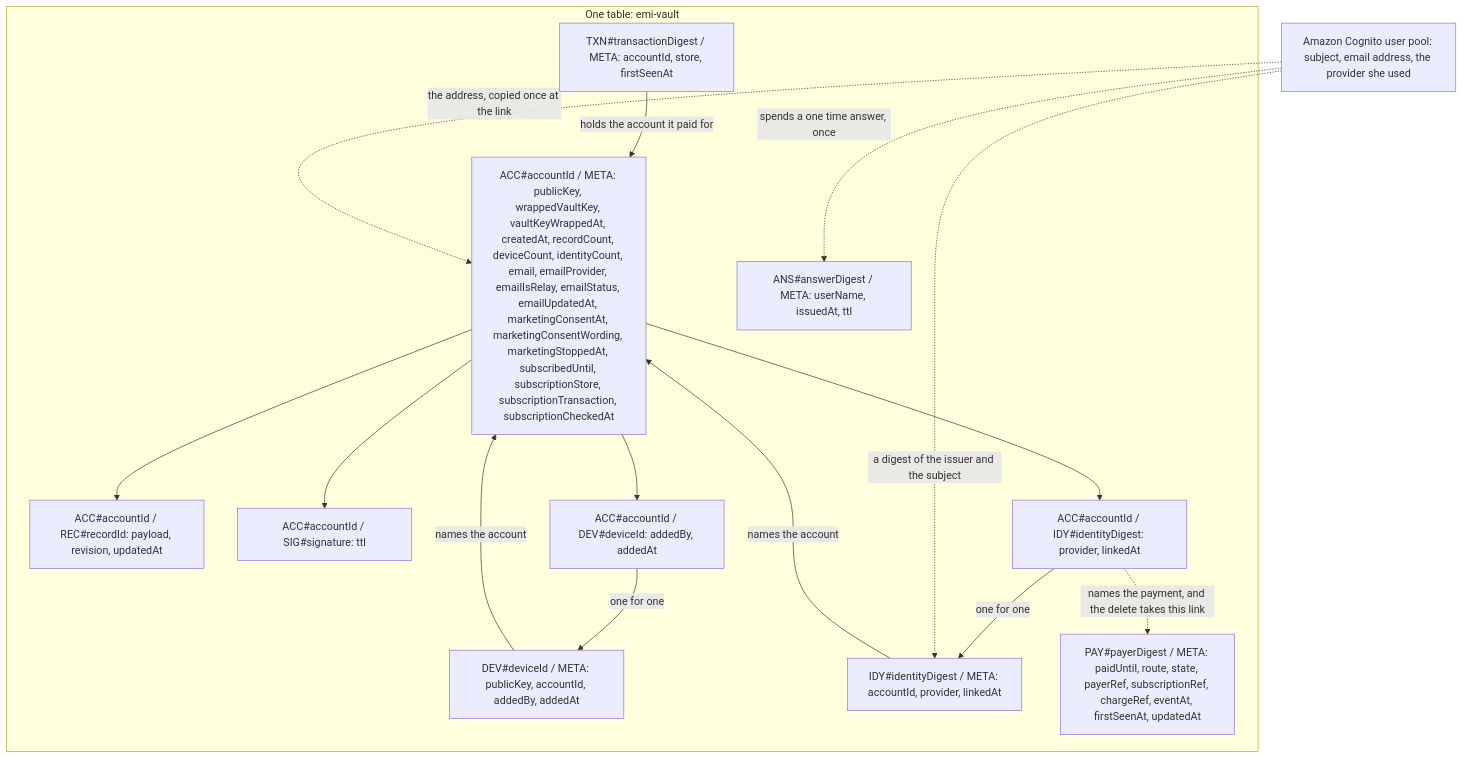
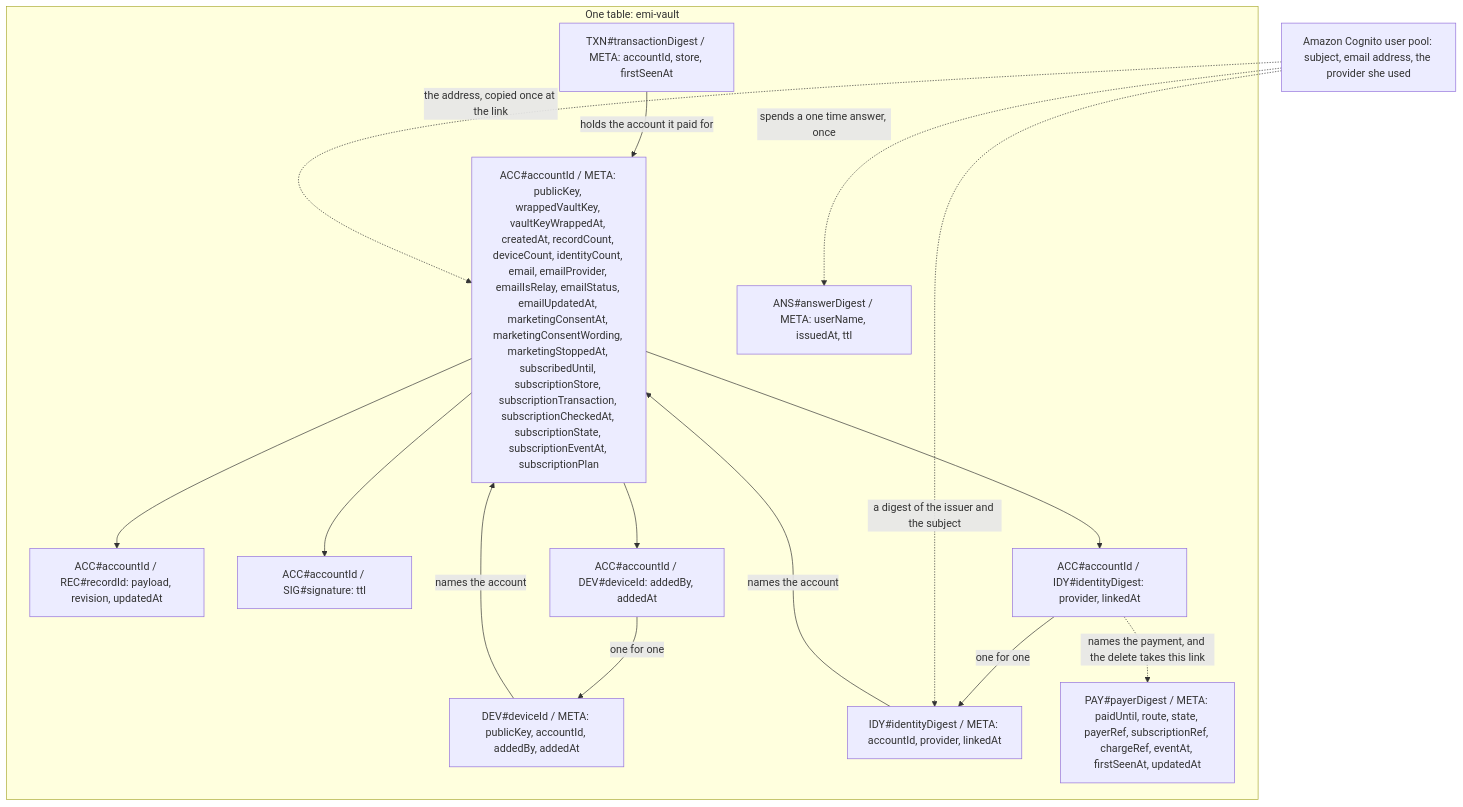
The first of 4 diagrams in docs/design/data-model.md (atlantic-blue/emi), drawn with Mermaid before and after one commit. The commit also changed other lines of this file and 3 other files, not shown here.

````diff
--- a/docs/design/data-model.md
+++ b/docs/design/data-model.md
@@ -30,29 +30,29 @@
 ```mermaid
 flowchart TD
   subgraph Table["One table: emi-vault"]
-    ACC["ACC#accountId / META: publicKey, wrappedVaultKey, vaultKeyWrappedAt, createdAt, recordCount, deviceCount, identityCount, email, emailProvider, emailIsRelay, emailStatus, emailUpdatedAt, marketingConsentAt, marketingConsentWording, marketingStoppedAt, subscribedUntil, subscriptionStore, subscriptionTransaction, subscriptionCheckedAt"]
+    ACC["ACC#accountId / META: publicKey, wrappedVaultKey, vaultKeyWrappedAt, createdAt, recordCount, deviceCount, identityCount, email, emailProvider, emailIsRelay, emailStatus, emailUpdatedAt, marketingConsentAt, marketingConsentWording, marketingStoppedAt, subscribedUntil, subscriptionStore, subscriptionTransaction, subscriptionCheckedAt, subscriptionState, subscriptionEventAt, subscriptionPlan"]
     REC["ACC#accountId / REC#recordId: payload, revision, updatedAt"]
     SIG["ACC#accountId / SIG#signature: ttl"]
     ADEV["ACC#accountId / DEV#deviceId: addedBy, addedAt"]
     AIDY["ACC#accountId / IDY#identityDigest: provider, linkedAt"]
     DEV["DEV#deviceId / META: publicKey, accountId, addedBy, addedAt"]
     IDY["IDY#identityDigest / META: accountId, provider, linkedAt"]
     TXN["TXN#transactionDigest / META: accountId, store, firstSeenAt"]
     ANS["ANS#answerDigest / META: userName, issuedAt, ttl"]
     PAY["PAY#payerDigest / META: paidUntil, route, state, payerRef, subscriptionRef, chargeRef, eventAt, firstSeenAt, updatedAt"]
   end
   POOL["Amazon Cognito user pool: subject, email address, the provider she used"]
   ACC --> REC
   ACC --> SIG
   ACC --> ADEV
   ACC --> AIDY
   DEV -->|"names the account"| ACC
   IDY -->|"names the account"| ACC
   TXN -->|"holds the account it paid for"| ACC
   ADEV -->|"one for one"| DEV
   AIDY -->|"one for one"| IDY
   POOL -.->|"a digest of the issuer and the subject"| IDY
   POOL -.->|"the address, copied once at the link"| ACC
   POOL -.->|"spends a one time answer, once"| ANS
   AIDY -.->|"names the payment, and the delete takes this link"| PAY
 ```
````
